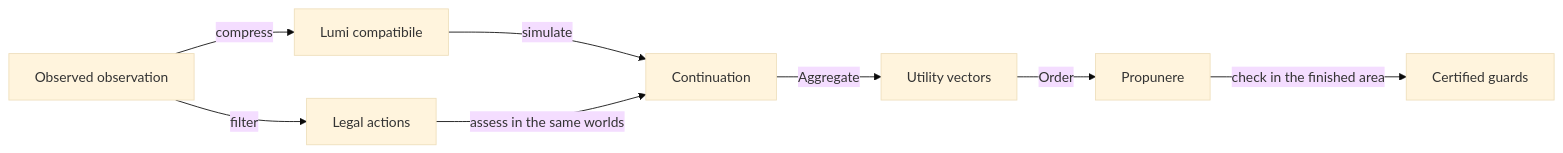
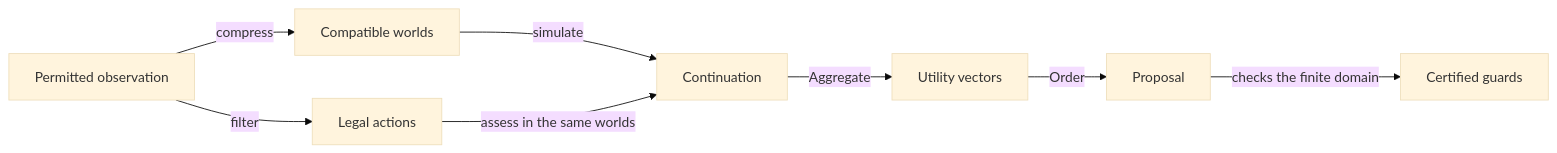
The first of 2 diagrams in docs/ai/ATF_DecisionModel.md (crististefanita/atf_j4), drawn with Mermaid (base theme) before and after one commit. The commit also changed other lines of this file and 126 other files, not shown here.

````diff
--- a/docs/ai/ATF_DecisionModel.md
+++ b/docs/ai/ATF_DecisionModel.md
@@ -9,10 +9,10 @@
 ```mermaid
 flowchart LR
-    OBS[Observed observation] -->|filter| ACTIONS[Legal actions]
-    OBS -->|compress| WORLDS[Lumi compatibile]
+    OBS[Permitted observation] -->|filter| ACTIONS[Legal actions]
+    OBS -->|compress| WORLDS[Compatible worlds]
     WORLDS -->|simulate| OUTCOMES[Continuation]
     ACTIONS -->|assess in the same worlds| OUTCOMES
     OUTCOMES -->|Aggregate| VALUES[Utility vectors]
-    VALUES -->|Order| CHOICE[Propunere]
-    CHOICE -->|check in the finished area| PROOF[Certified guards]
+    VALUES -->|Order| CHOICE[Proposal]
+    CHOICE -->|checks the finite domain| PROOF[Certified guards]
 ```
````
